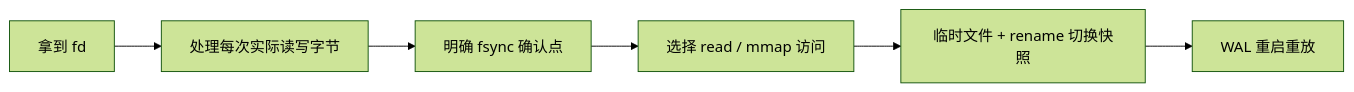
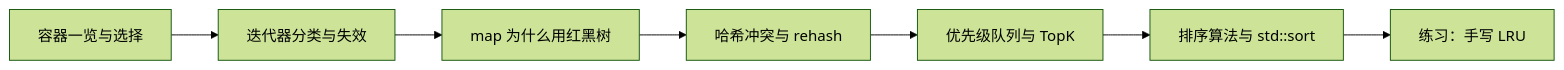
The diagram in 八股/学习/学习导航/2026-10-26-学习导航.md (yjwyyds1/Summary_of_Notes), drawn with Mermaid (forest theme) before and after one commit. The commit also changed other lines of this file and 172 other files, not shown here.

````diff
--- a/八股/学习/学习导航/2026-10-26-学习导航.md
+++ b/八股/学习/学习导航/2026-10-26-学习导航.md
@@ -15,8 +18,9 @@
 ```mermaid
 flowchart LR
-  A["拿到 fd"] --> B["处理每次实际读写字节"]
-  B --> C["明确 fsync 确认点"]
-  C --> D["选择 read / mmap 访问"]
-  D --> E["临时文件 + rename 切换快照"]
-  E --> F["WAL 重启重放"]
+  A["容器一览与选择"] --> B["迭代器分类与失效"]
+  B --> C["map 为什么用红黑树"]
+  C --> D["哈希冲突与 rehash"]
+  D --> E["优先级队列与 TopK"]
+  E --> F["排序算法与 std::sort"]
+  F --> G["练习：手写 LRU"]
 ```
````
